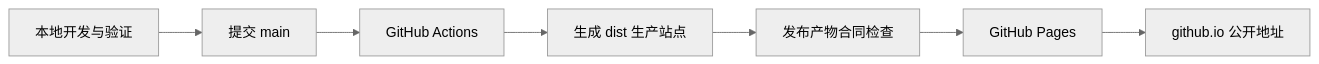
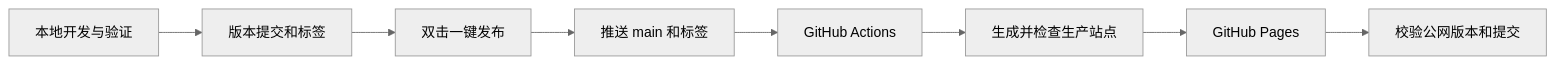
Before and after one commit to Chizheng4/robotaxi: the diagram in doc/common/github-pages-deployment.md, drawn with Mermaid (neutral theme). The commit also changed other lines of this file and 15 other files, not shown here.

````diff
--- a/doc/common/github-pages-deployment.md
+++ b/doc/common/github-pages-deployment.md
@@ -11,9 +11,10 @@
 ```mermaid
 flowchart LR
-  A[本地开发与验证] --> B[提交 main]
-  B --> C[GitHub Actions]
-  C --> D[生成 dist 生产站点]
-  D --> E[发布产物合同检查]
-  E --> F[GitHub Pages]
-  F --> G[github.io 公开地址]
+  A[本地开发与验证] --> B[版本提交和标签]
+  B --> C[双击一键发布]
+  C --> D[推送 main 和标签]
+  D --> E[GitHub Actions]
+  E --> F[生成并检查生产站点]
+  F --> G[GitHub Pages]
+  G --> H[校验公网版本和提交]
 ```
````
